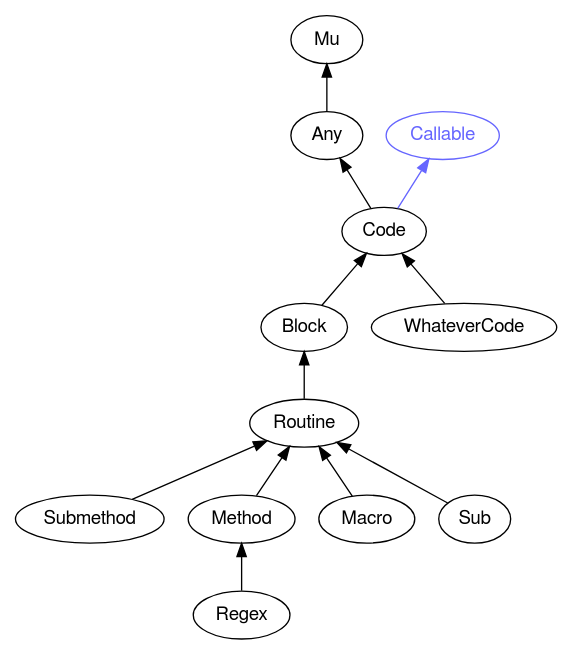
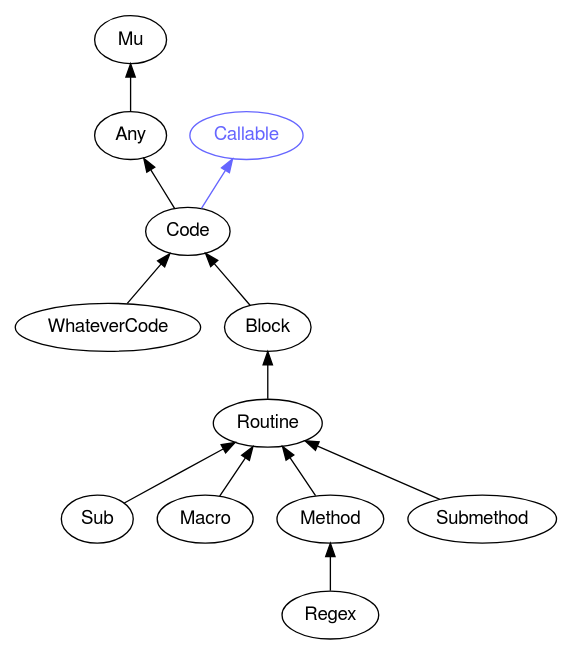
Before and after one commit to rakudocs/rakudocs.github.io: the diagram in images/type-graph-Code.svg.dot, drawn with Graphviz. The commit also changed 2332 other files, not shown here.

```diff
--- a/images/type-graph-Code.svg.dot
+++ b/images/type-graph-Code.svg.dot
@@ -1,34 +1,33 @@
 digraph "perl6-type-graph" {
     rankdir=BT;
     splines=polyline;
     overlap=false; 
-    graph [truecolor=true bgcolor="#FFFFFF"];
     // Types
     "Code" [color="#000000", fontcolor="#000000", href="/type/Code", fontname="FreeSans"];
     "Mu" [color="#000000", fontcolor="#000000", href="/type/Mu", fontname="FreeSans"];
     "Any" [color="#000000", fontcolor="#000000", href="/type/Any", fontname="FreeSans"];
     "Callable" [color="#6666FF", fontcolor="#6666FF", href="/type/Callable", fontname="FreeSans"];
+    "WhateverCode" [color="#000000", fontcolor="#000000", href="/type/WhateverCode", fontname="FreeSans"];
     "Block" [color="#000000", fontcolor="#000000", href="/type/Block", fontname="FreeSans"];
-    "WhateverCode" [color="#000000", fontcolor="#000000", href="/type/WhateverCode", fontname="FreeSans"];
     "Routine" [color="#000000", fontcolor="#000000", href="/type/Routine", fontname="FreeSans"];
+    "Sub" [color="#000000", fontcolor="#000000", href="/type/Sub", fontname="FreeSans"];
+    "Macro" [color="#000000", fontcolor="#000000", href="/type/Macro", fontname="FreeSans"];
+    "Method" [color="#000000", fontcolor="#000000", href="/type/Method", fontname="FreeSans"];
     "Submethod" [color="#000000", fontcolor="#000000", href="/type/Submethod", fontname="FreeSans"];
-    "Method" [color="#000000", fontcolor="#000000", href="/type/Method", fontname="FreeSans"];
-    "Macro" [color="#000000", fontcolor="#000000", href="/type/Macro", fontname="FreeSans"];
-    "Sub" [color="#000000", fontcolor="#000000", href="/type/Sub", fontname="FreeSans"];
     "Regex" [color="#000000", fontcolor="#000000", href="/type/Regex", fontname="FreeSans"];
 
     // Superclasses
     "Code" -> "Any" [color="#000000"];
     "Any" -> "Mu" [color="#000000"];
+    "WhateverCode" -> "Code" [color="#000000"];
     "Block" -> "Code" [color="#000000"];
-    "WhateverCode" -> "Code" [color="#000000"];
     "Routine" -> "Block" [color="#000000"];
+    "Sub" -> "Routine" [color="#000000"];
+    "Macro" -> "Routine" [color="#000000"];
+    "Method" -> "Routine" [color="#000000"];
     "Submethod" -> "Routine" [color="#000000"];
-    "Method" -> "Routine" [color="#000000"];
-    "Macro" -> "Routine" [color="#000000"];
-    "Sub" -> "Routine" [color="#000000"];
     "Regex" -> "Method" [color="#000000"];
 
     // Roles
     "Code" -> "Callable" [color="#6666FF"];
 }
```
